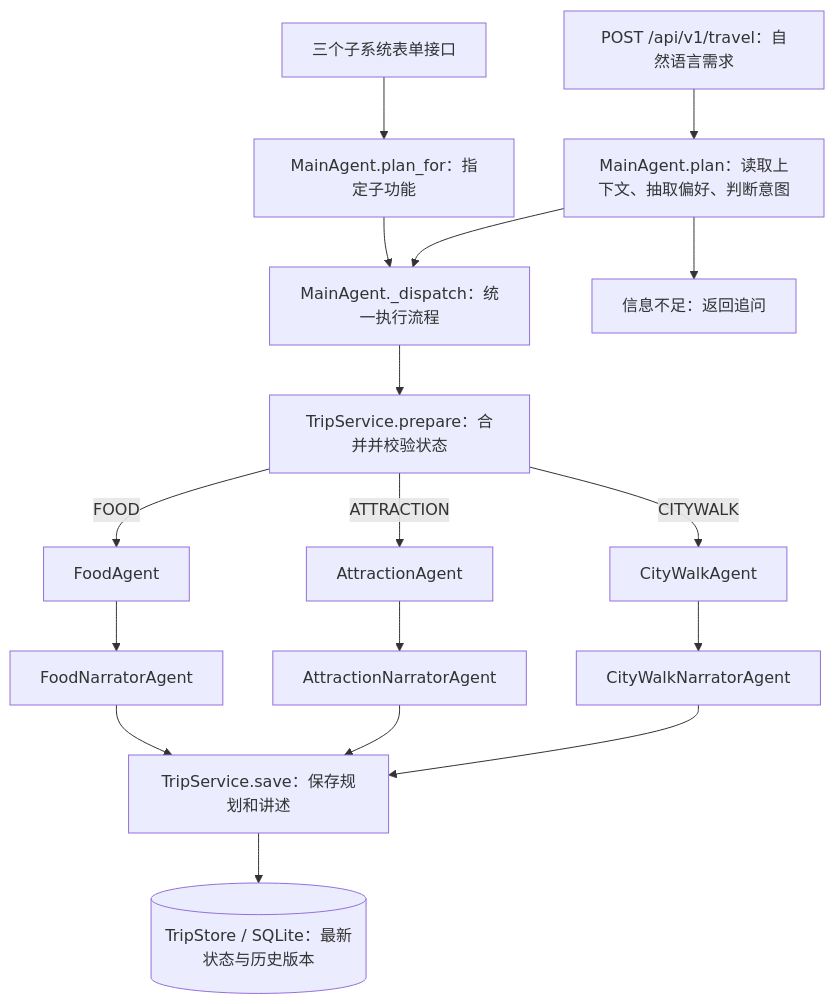
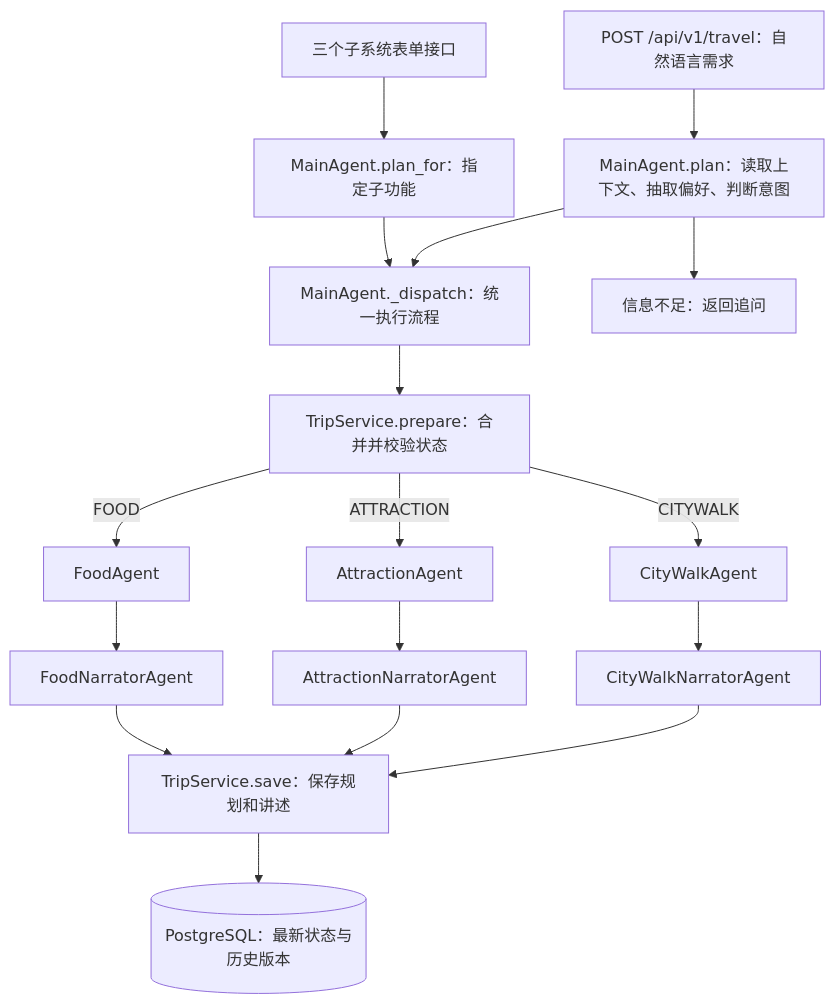
The diagram in docs/PROJECT_STRUCTURE.md (zzEDG/TravelIOS), drawn with Mermaid before and after one commit. The commit also changed other lines of this file and 87 other files, not shown here.

````diff
--- a/docs/PROJECT_STRUCTURE.md
+++ b/docs/PROJECT_STRUCTURE.md
@@ -15,19 +15,19 @@
 ```mermaid
 flowchart TD
     CHAT["POST /api/v1/travel：自然语言需求"] --> PLAN["MainAgent.plan：读取上下文、抽取偏好、判断意图"]
     FORM["三个子系统表单接口"] --> DIRECT["MainAgent.plan_for：指定子功能"]
     PLAN --> DISPATCH["MainAgent._dispatch：统一执行流程"]
     PLAN --> CLARIFY["信息不足：返回追问"]
     DIRECT --> DISPATCH
     DISPATCH --> PREPARE["TripService.prepare：合并并校验状态"]
     PREPARE -->|CITYWALK| WALK["CityWalkAgent"]
     PREPARE -->|ATTRACTION| ATTRACTION["AttractionAgent"]
     PREPARE -->|FOOD| FOOD["FoodAgent"]
     WALK --> WN["CityWalkNarratorAgent"]
     ATTRACTION --> AN["AttractionNarratorAgent"]
     FOOD --> FN["FoodNarratorAgent"]
     WN --> SAVE["TripService.save：保存规划和讲述"]
     AN --> SAVE
     FN --> SAVE
-    SAVE --> DB[("TripStore / SQLite：最新状态与历史版本")]
+    SAVE --> DB[("PostgreSQL：最新状态与历史版本")]
 ```
````
